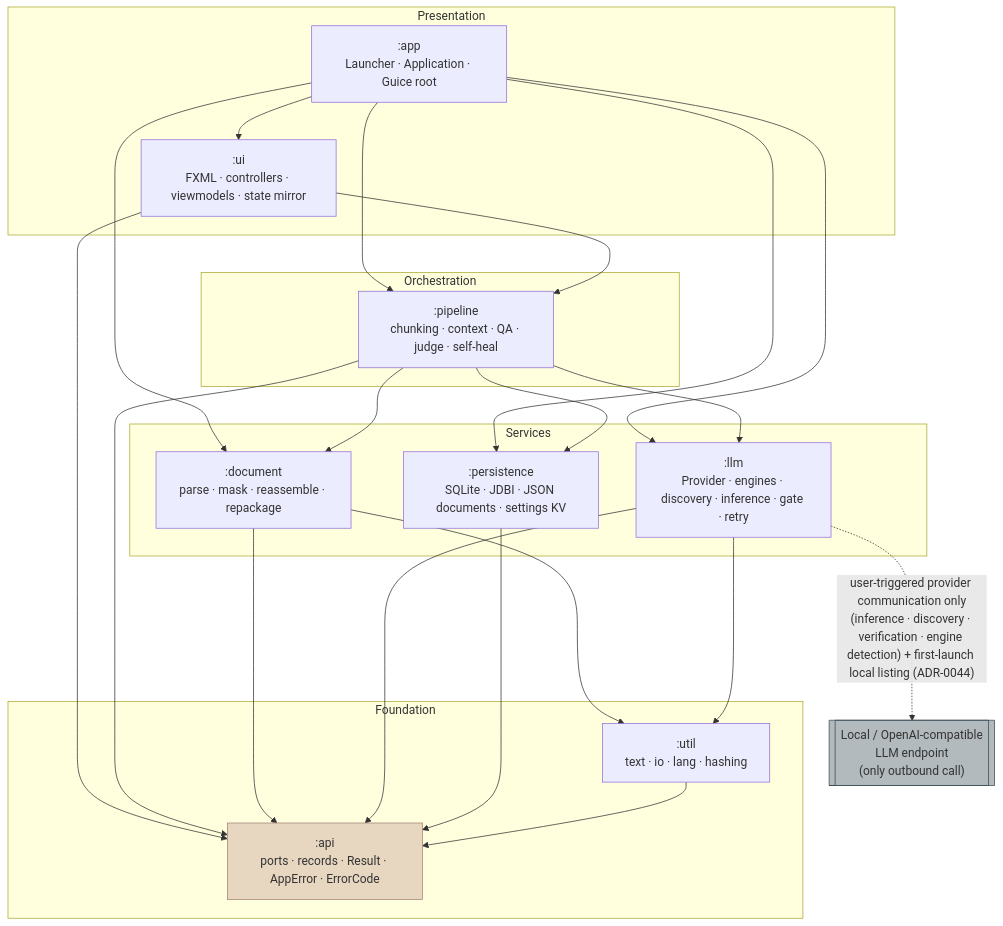
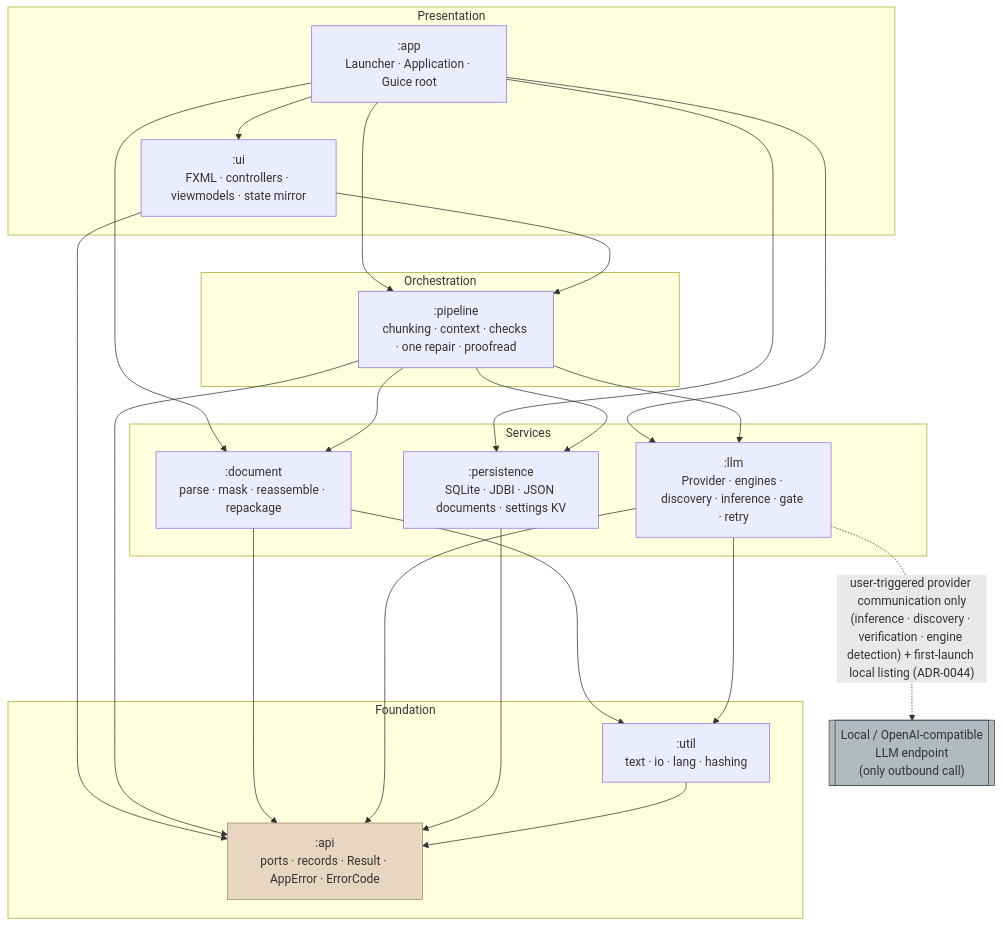
The diagram in docs/specification/02_Architecture/01_SYSTEM_ARCHITECTURE.md (sanyokkua/book_loom), drawn with Mermaid before and after one commit. The commit also changed other lines of this file and 40 other files, not shown here.

Commit message:
docs: group 14 step 14.9 - ADR-0046 accepted, ADR-0007/0038 superseded, ADR-0012/0035/0036 amended; the specification, mockups, rules, Architecture, AGENTS.md and DEVELOPMENT describe three stages, one repair, the never-worse gate and an export with no model call

````diff
--- a/docs/specification/02_Architecture/01_SYSTEM_ARCHITECTURE.md
+++ b/docs/specification/02_Architecture/01_SYSTEM_ARCHITECTURE.md
@@ -83,42 +83,42 @@
 ```mermaid
 flowchart TD
     subgraph Presentation
         APP[":app<br/>Launcher · Application · Guice root"]
         UI[":ui<br/>FXML · controllers · viewmodels · state mirror"]
     end
     subgraph Orchestration
-        PIPE[":pipeline<br/>chunking · context · QA · judge · self-heal"]
+        PIPE[":pipeline<br/>chunking · context · checks · one repair · proofread"]
     end
     subgraph Services
         DOC[":document<br/>parse · mask · reassemble · repackage"]
         LLM[":llm<br/>Provider · engines · discovery · inference · gate · retry"]
         PERS[":persistence<br/>SQLite · JDBI · JSON documents · settings KV"]
     end
     subgraph Foundation
         API[":api<br/>ports · records · Result · AppError · ErrorCode"]
         UTIL[":util<br/>text · io · lang · hashing"]
     end
     EXT[["Local / OpenAI-compatible<br/>LLM endpoint<br/>(only outbound call)"]]
 
     APP --> UI
     APP --> PIPE
     APP --> DOC
     APP --> LLM
     APP --> PERS
     UI --> PIPE
     UI --> API
     PIPE --> DOC
     PIPE --> LLM
     PIPE --> PERS
     PIPE --> API
     DOC --> API
     DOC --> UTIL
     LLM --> API
     LLM --> UTIL
     PERS --> API
     UTIL --> API
     LLM -. "user-triggered provider communication only<br/>(inference · discovery · verification · engine detection) + first-launch local listing (ADR-0044)" .-> EXT
 
     style API fill:#e7d6c0,stroke:#a58075
     style EXT fill:#b2babd,stroke:#3a4a52
 ```
````
